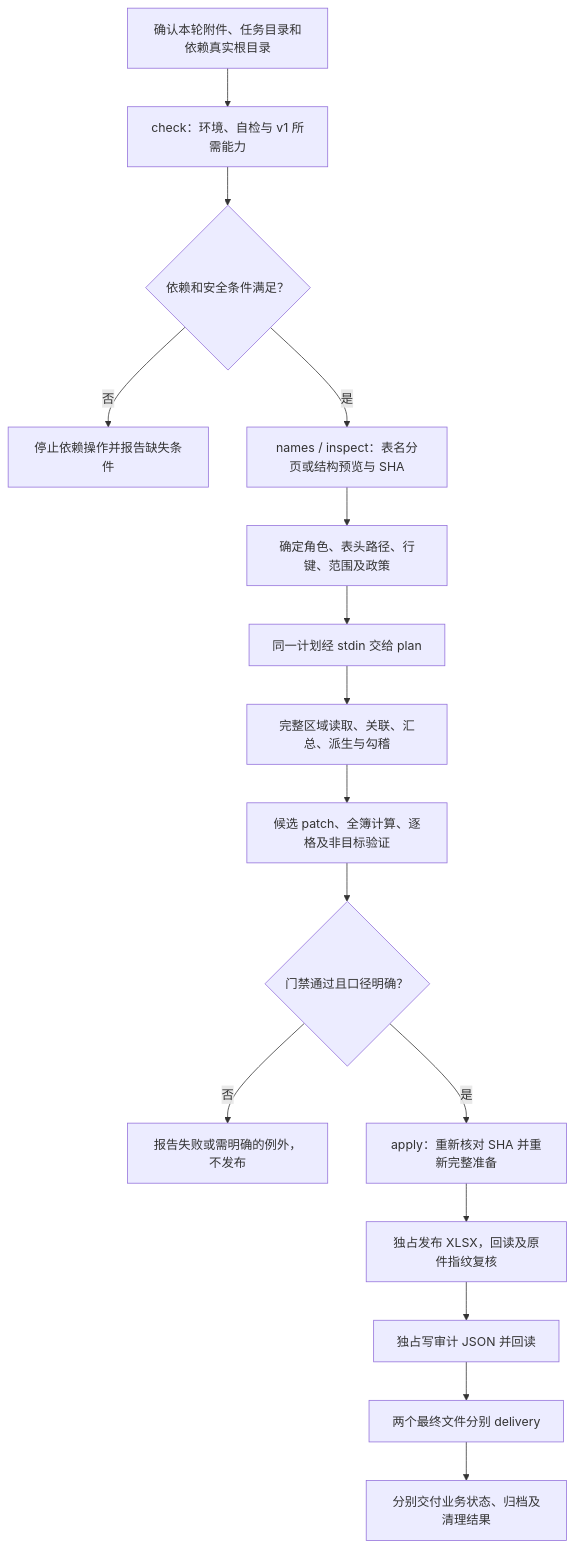
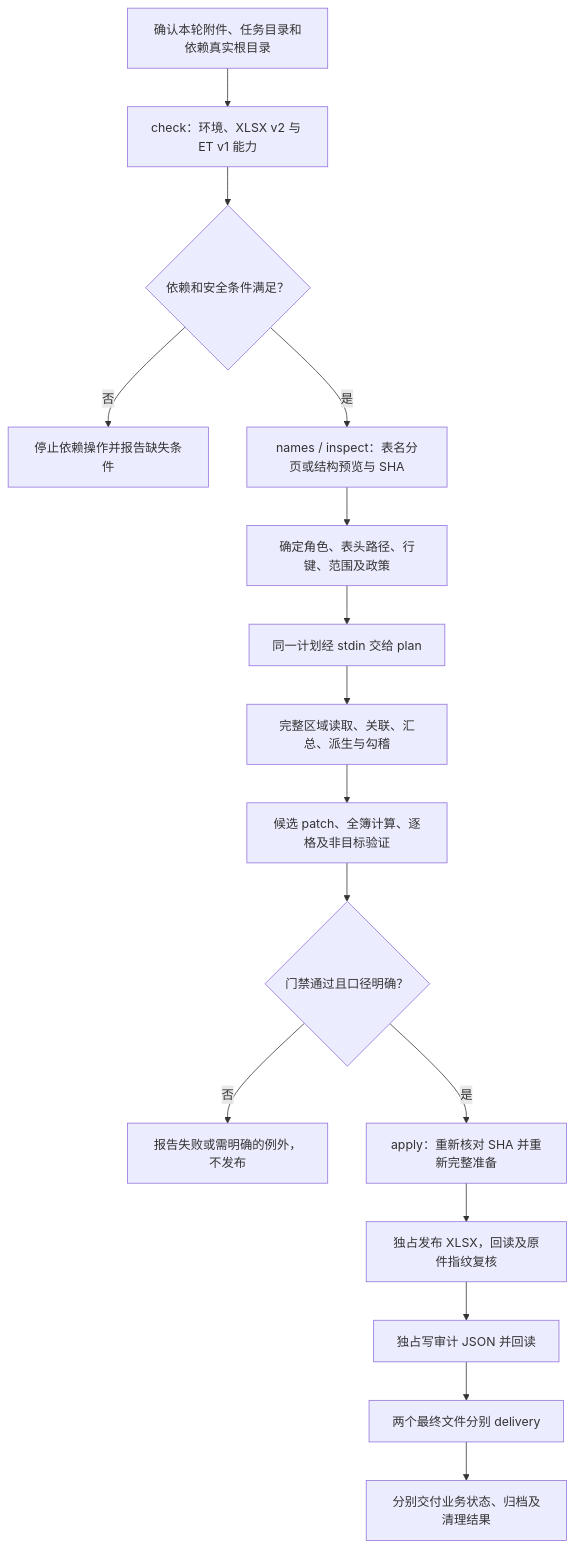
Before and after one commit to JohnParken/PSL-SKILLS: the second of 2 diagrams in docs/skills/table-workflow.md, drawn with Mermaid. The commit also changed other lines of this file and 62 other files, not shown here.

````diff
--- a/docs/skills/table-workflow.md
+++ b/docs/skills/table-workflow.md
@@ -59,18 +61,18 @@
 ```mermaid
 flowchart TD
-    A["确认本轮附件、任务目录和依赖真实根目录"] --> B["check：环境、自检与 v1 所需能力"]
+    A["确认本轮附件、任务目录和依赖真实根目录"] --> B["check：环境、XLSX v2 与 ET v1 能力"]
     B --> C{"依赖和安全条件满足？"}
     C -->|"否"| D["停止依赖操作并报告缺失条件"]
     C -->|"是"| E["names / inspect：表名分页或结构预览与 SHA"]
     E --> F["确定角色、表头路径、行键、范围及政策"]
     F --> G["同一计划经 stdin 交给 plan"]
     G --> H["完整区域读取、关联、汇总、派生与勾稽"]
     H --> I["候选 patch、全簿计算、逐格及非目标验证"]
     I --> J{"门禁通过且口径明确？"}
     J -->|"否"| K["报告失败或需明确的例外，不发布"]
     J -->|"是"| L["apply：重新核对 SHA 并重新完整准备"]
     L --> M["独占发布 XLSX，回读及原件指纹复核"]
     M --> N["独占写审计 JSON 并回读"]
     N --> O["两个最终文件分别 delivery"]
     O --> P["分别交付业务状态、归档及清理结果"]
 ```
````
